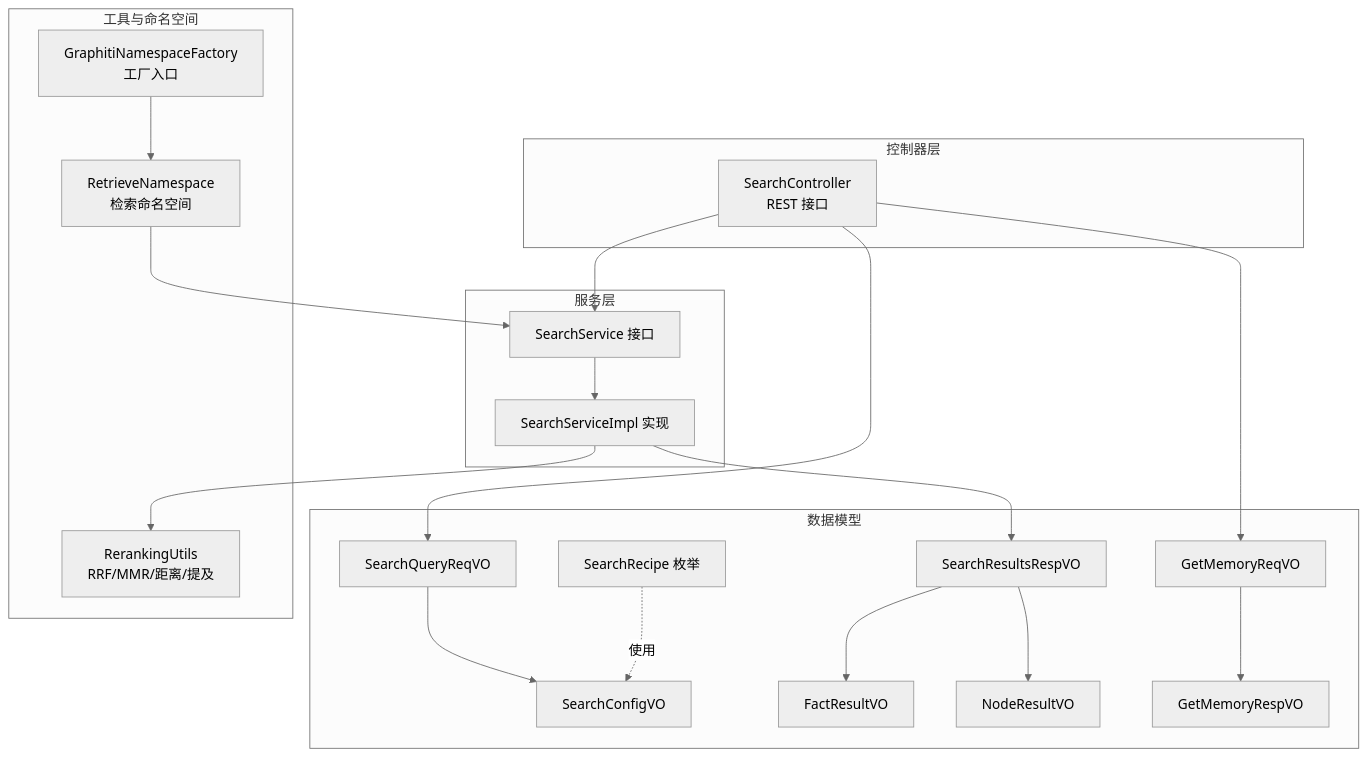
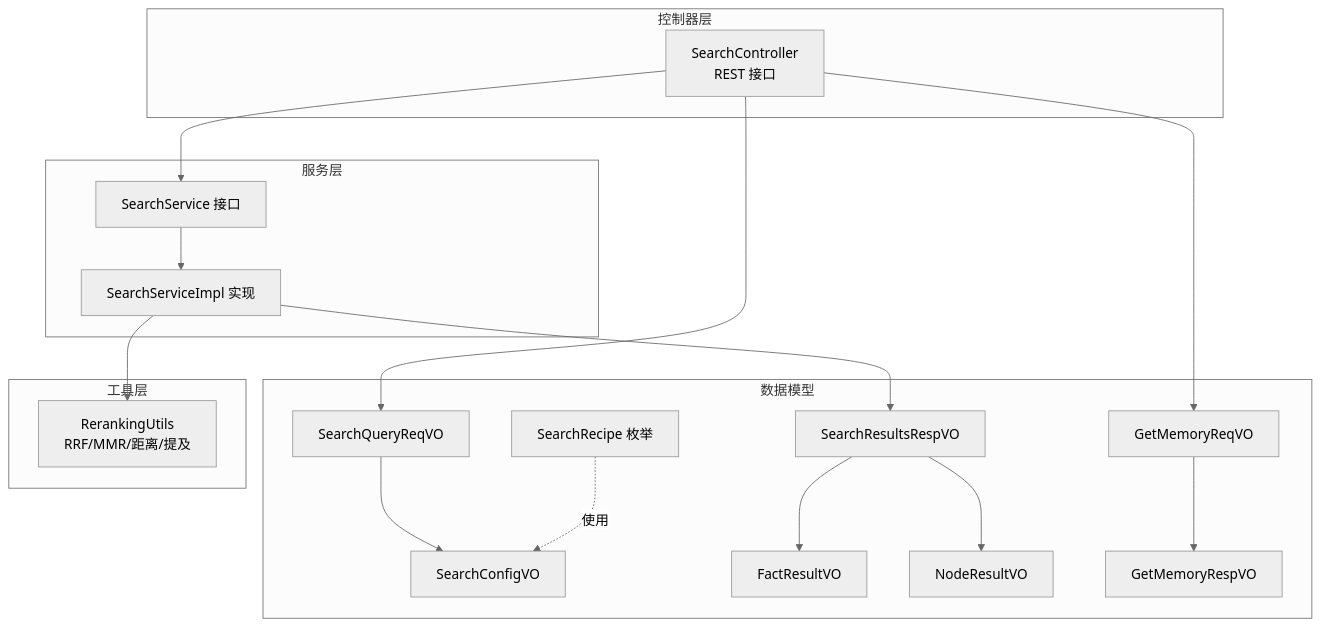
One commit to joezxh/graphiti-java changed the first of 5 diagrams in docs/manual/API接口文档/搜索接口.md. Above: the diagram before and after it, drawn with Mermaid (neutral theme). The commit also changed other lines of this file and 41 other files, not shown here.

````diff
--- a/docs/manual/API接口文档/搜索接口.md
+++ b/docs/manual/API接口文档/搜索接口.md
@@ -53,38 +50,34 @@
 ```mermaid
 graph TB
 subgraph "控制器层"
 SC["SearchController<br/>REST 接口"]
 end
 subgraph "服务层"
 SS["SearchService 接口"]
 SSI["SearchServiceImpl 实现"]
 end
 subgraph "数据模型"
 SQ["SearchQueryReqVO"]
 SCfg["SearchConfigVO"]
 SR["SearchResultsRespVO"]
 FR["FactResultVO"]
 NR["NodeResultVO"]
 GMReq["GetMemoryReqVO"]
 GMRes["GetMemoryRespVO"]
 SRcp["SearchRecipe 枚举"]
 end
-subgraph "工具与命名空间"
+subgraph "工具层"
 RU["RerankingUtils<br/>RRF/MMR/距离/提及"]
-RN["RetrieveNamespace<br/>检索命名空间"]
-GNF["GraphitiNamespaceFactory<br/>工厂入口"]
 end
 SC --> SS
 SS --> SSI
 SSI --> RU
 SC --> SQ
 SQ --> SCfg
 SSI --> SR
 SR --> FR
 SR --> NR
 SC --> GMReq
 GMReq --> GMRes
-RN --> SS
-GNF --> RN
 SRcp -. 使用 .-> SCfg
 ```
````
